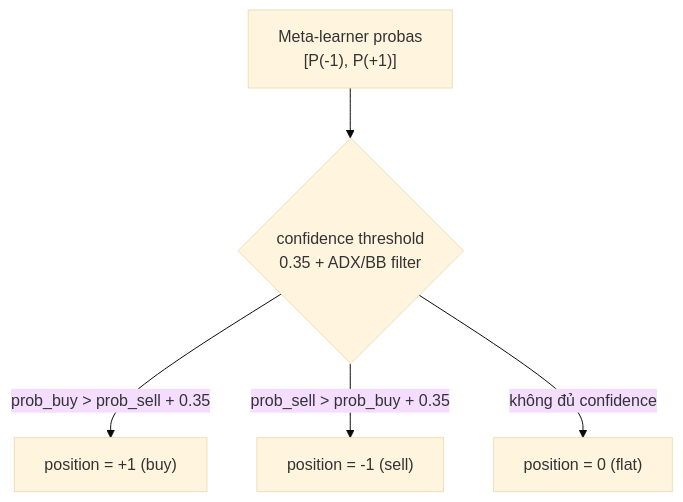
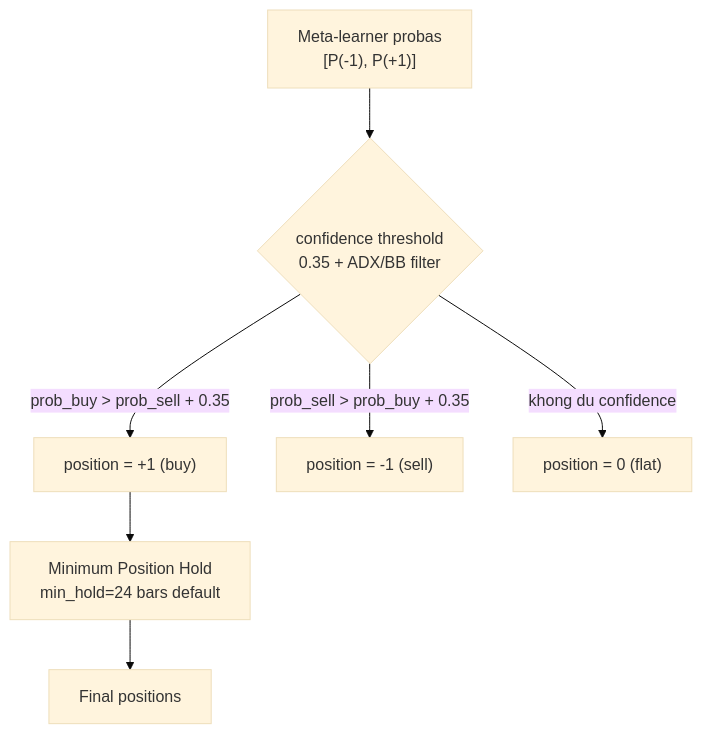
Before and after one commit to ultimateBroK/thesis-compact: the second of 2 diagrams in docs/backtest-evaluation.md, drawn with Mermaid (base theme). The commit also changed other lines of this file and 7 other files, not shown here.

````diff
--- a/docs/backtest-evaluation.md
+++ b/docs/backtest-evaluation.md
@@ -34,8 +30,9 @@
 ```mermaid
 flowchart TD
     A["Meta-learner probas<br/>[P(-1), P(+1)]"] --> B{confidence threshold<br/>0.35 + ADX/BB filter}
     B -->|"prob_buy > prob_sell + 0.35"| C["position = +1 (buy)"]
     B -->|"prob_sell > prob_buy + 0.35"| D["position = -1 (sell)"]
-    B -->|"không đủ confidence"| E["position = 0 (flat)"]
-
+    B -->|"khong du confidence"| E["position = 0 (flat)"]
+    C --> F["Minimum Position Hold<br/>min_hold=24 bars default"]
+    F --> G["Final positions"]
 ```
````
